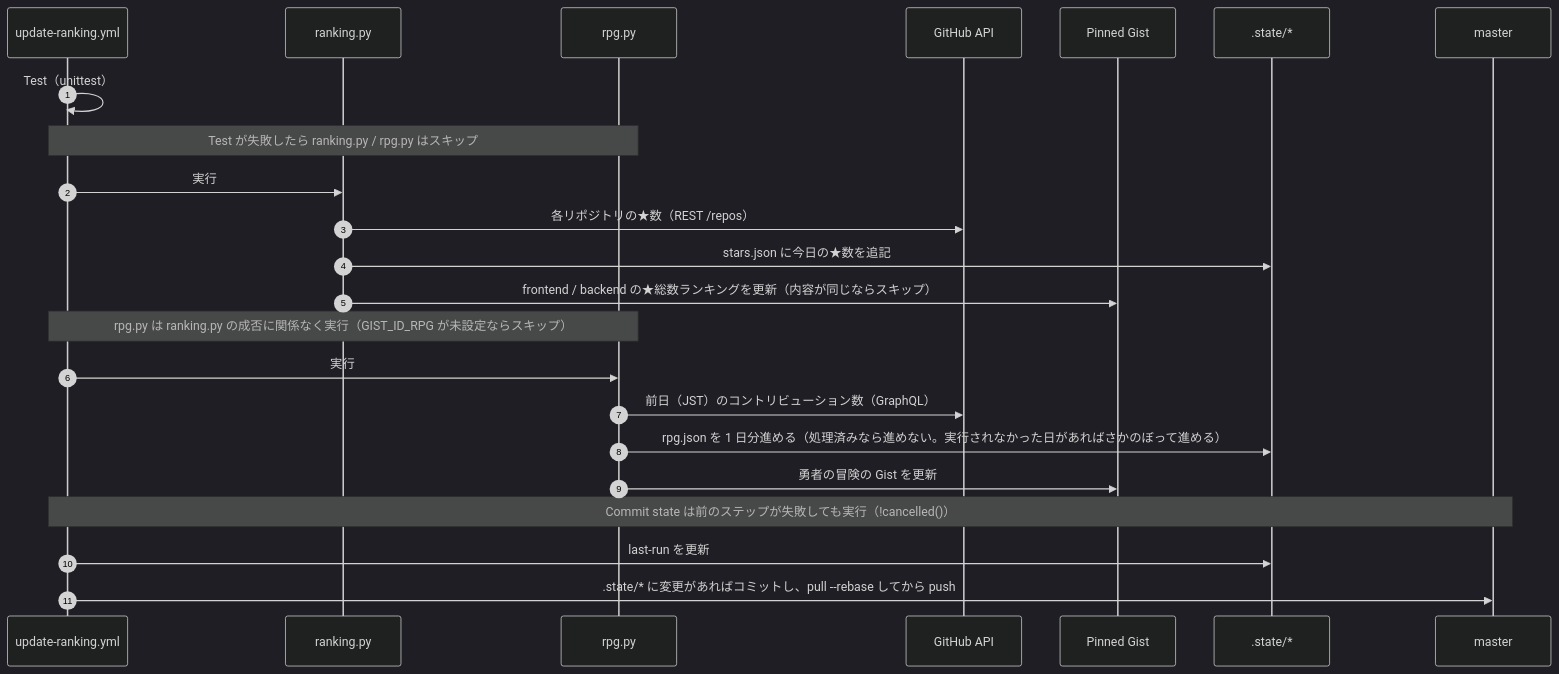
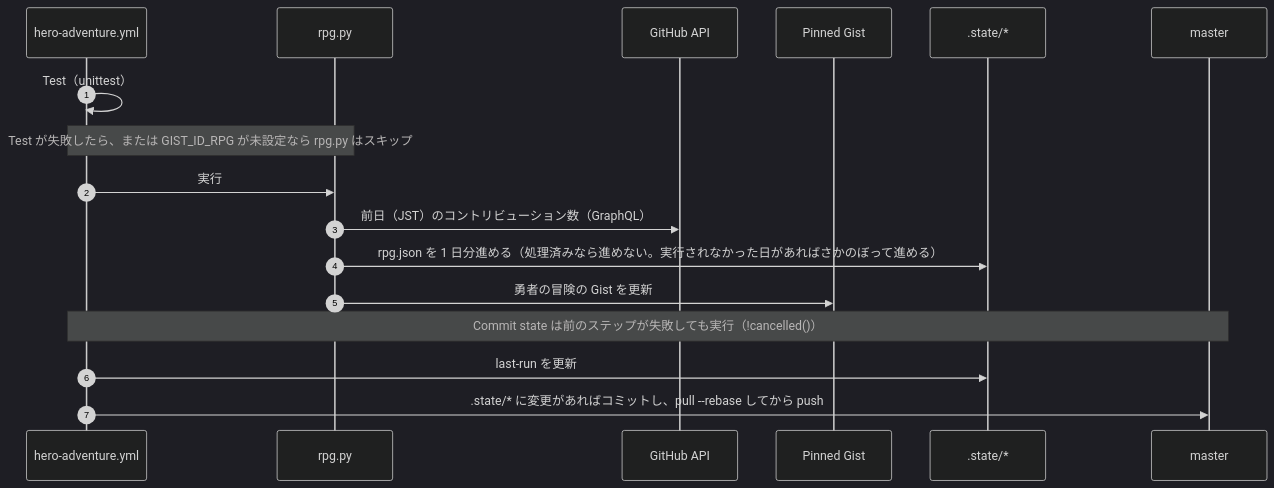
Before and after one commit to ot-nemoto/pinned-gist-maker: the second of 2 diagrams in docs/DATA_FLOW.md, drawn with Mermaid (dark theme). The commit also changed other lines of this file and 24 other files, not shown here.

````diff
--- a/docs/DATA_FLOW.md
+++ b/docs/DATA_FLOW.md
@@ -102,26 +52,20 @@
 ```mermaid
 sequenceDiagram
     autonumber
-    participant WF as update-ranking.yml
-    participant R as ranking.py
+    participant WF as hero-adventure.yml
     participant RP as rpg.py
     participant GH as GitHub API
     participant G as Pinned Gist
     participant S as .state/*
     participant M as master
 
     WF->>WF: Test（unittest）
-    Note over WF,RP: Test が失敗したら ranking.py / rpg.py はスキップ
-    WF->>R: 実行
-    R->>GH: 各リポジトリの★数（REST /repos）
-    R->>S: stars.json に今日の★数を追記
-    R->>G: frontend / backend の★総数ランキングを更新（内容が同じならスキップ）
-    Note over WF,RP: rpg.py は ranking.py の成否に関係なく実行（GIST_ID_RPG が未設定ならスキップ）
+    Note over WF,RP: Test が失敗したら、または GIST_ID_RPG が未設定なら rpg.py はスキップ
     WF->>RP: 実行
     RP->>GH: 前日（JST）のコントリビューション数（GraphQL）
     RP->>S: rpg.json を 1 日分進める（処理済みなら進めない。実行されなかった日があればさかのぼって進める）
     RP->>G: 勇者の冒険の Gist を更新
     Note over WF,M: Commit state は前のステップが失敗しても実行（!cancelled()）
     WF->>S: last-run を更新
     WF->>M: .state/* に変更があればコミットし、pull --rebase してから push
 ```
````
